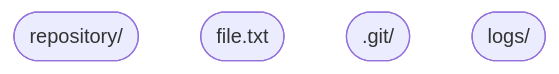
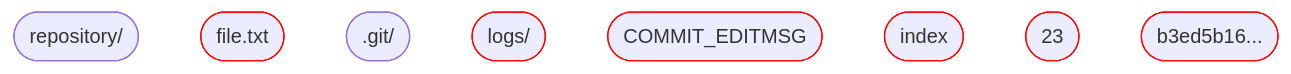
The second of 26 diagrams in docs/basic-concepts.md (hpc2n/course-intro-git), drawn with Mermaid before and after one commit. The commit also changed other lines of this file, not shown here.

Commit message:
Adding lecture 3

````diff
--- a/docs/basic-concepts.md
+++ b/docs/basic-concepts.md
@@ -113,9 +113,17 @@
 ```mermaid
 graph TD 
   A(["repository/"])
   B(["file.txt"]) 
-  style B stroke:#red
+  style B stroke:#FF0000
   C([".git/"])
   D(["logs/"]) 
-  style D stroke:#red
+  style D stroke:#FF0000
+  E(["COMMIT_EDITMSG"])
+  style E stroke:#FF0000
+  F(["index"])
+  style F stroke:#FF0000
+  G(["23"])
+  style G stroke:#FF0000
+  H(["b3ed5b16..."])
+  style H stroke:#FF0000
 ```
````
